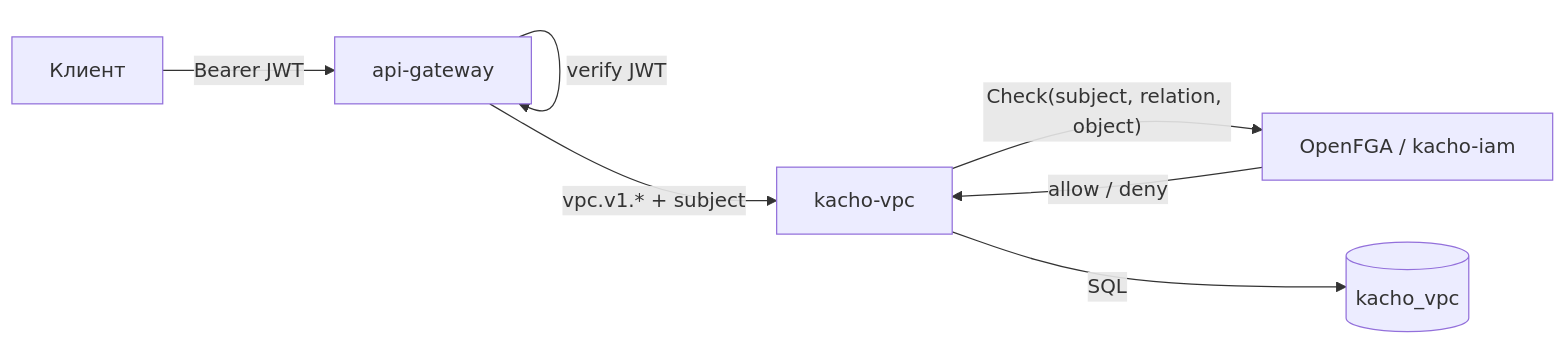
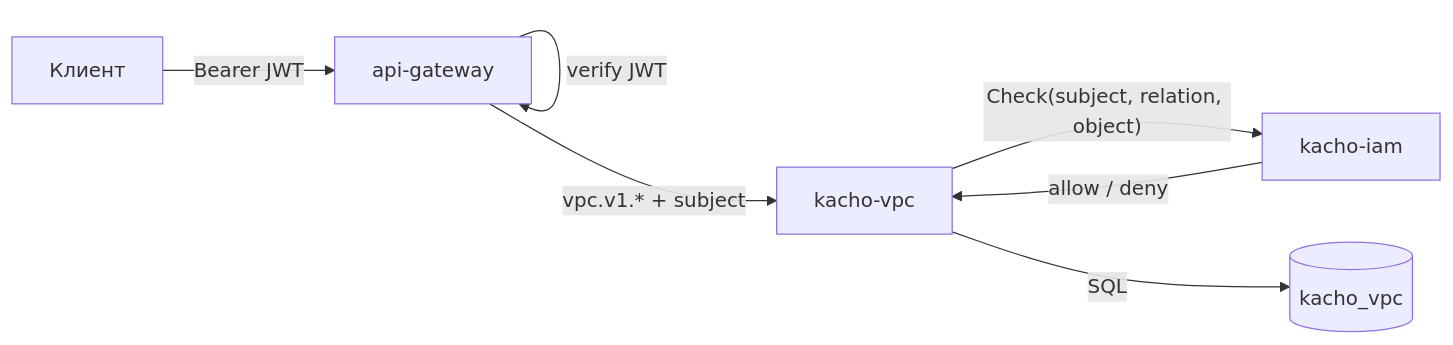
One commit to PRO-Robotech/kacho changed the diagram in services/vpc/docs/content/api/overview.mdx. Above: the diagram before and after it, drawn with Mermaid. The commit also changed other lines of this file and 589 other files, not shown here.

````diff
--- a/services/vpc/docs/content/api/overview.mdx
+++ b/services/vpc/docs/content/api/overview.mdx
@@ -155,9 +156,9 @@
 ```mermaid
 flowchart LR
   cli["Клиент"] -->|"Bearer JWT"| agw["api-gateway"]
   agw -->|"verify JWT"| agw
   agw -->|"vpc.v1.* + subject"| vpc["kacho-vpc"]
-  vpc -->|"Check(subject, relation, object)"| fga["OpenFGA / kacho-iam"]
-  fga -->|"allow / deny"| vpc
+  vpc -->|"Check(subject, relation, object)"| iamsvc["kacho-iam"]
+  iamsvc -->|"allow / deny"| vpc
   vpc -->|"SQL"| pg[("kacho_vpc")]
 ```
````
